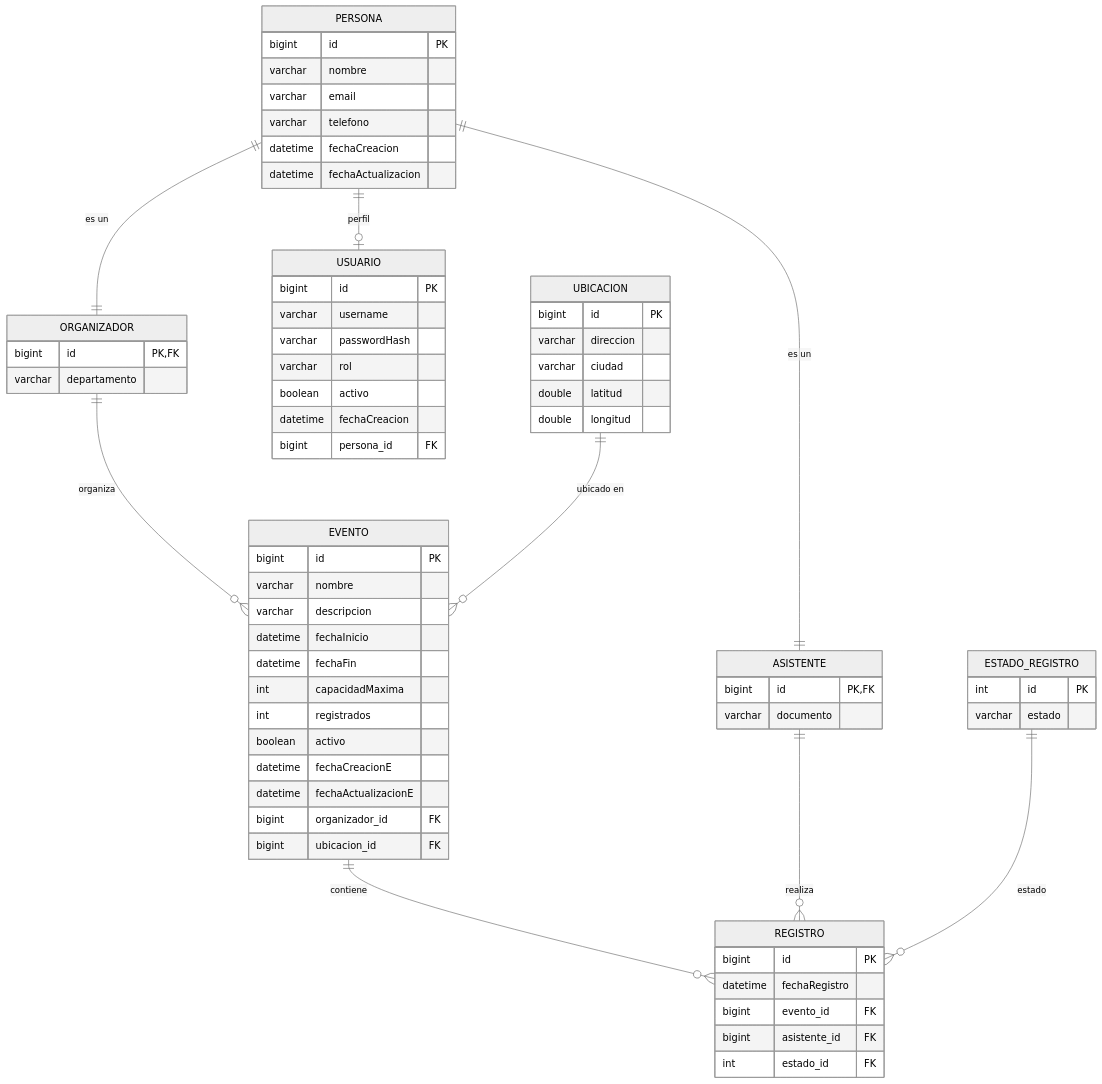
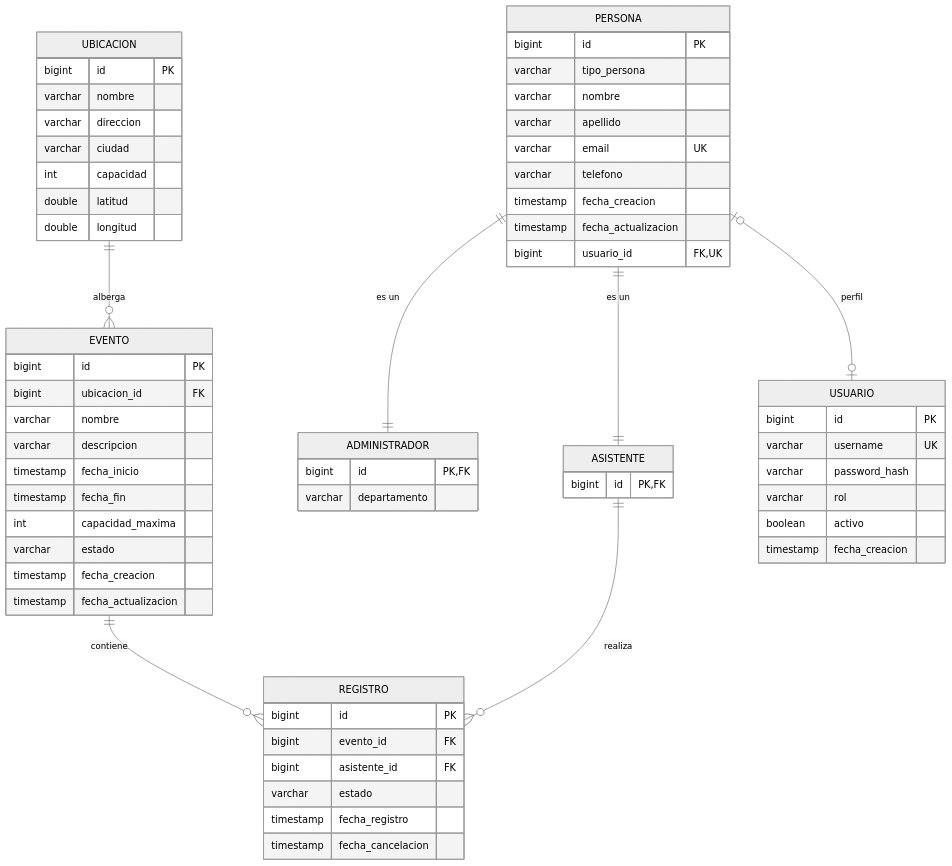
The second of 3 diagrams in README.md (pc15016-Ronnie/POO-Proyecto-Final-Grupo-6), drawn with Mermaid (neutral theme) before and after one commit. The commit also changed other lines of this file and 2 other files, not shown here.

````diff
--- a/README.md
+++ b/README.md
@@ -164,76 +188,71 @@
 ```mermaid
 erDiagram
+    PERSONA ||--|| ADMINISTRADOR : "es un"
     PERSONA ||--|| ASISTENTE : "es un"
-    PERSONA ||--|| ORGANIZADOR : "es un"
-    PERSONA ||--o| USUARIO : "perfil"
-    ORGANIZADOR ||--o{ EVENTO : "organiza"
-    UBICACION ||--o{ EVENTO : "ubicado en"
+    PERSONA |o--o| USUARIO : "perfil"
+    UBICACION ||--o{ EVENTO : "alberga"
     EVENTO ||--o{ REGISTRO : "contiene"
     ASISTENTE ||--o{ REGISTRO : "realiza"
-    ESTADO_REGISTRO ||--o{ REGISTRO : "estado"
+
+    USUARIO {
+        bigint id PK
+        varchar username UK
+        varchar password_hash
+        varchar rol
+        boolean activo
+        timestamp fecha_creacion
+    }
 
     PERSONA {
         bigint id PK
+        varchar tipo_persona
         varchar nombre
-        varchar email
+        varchar apellido
+        varchar email UK
         varchar telefono
-        datetime fechaCreacion
-        datetime fechaActualizacion
+        timestamp fecha_creacion
+        timestamp fecha_actualizacion
+        bigint usuario_id FK,UK
+    }
+
+    ADMINISTRADOR {
+        bigint id PK,FK
+        varchar departamento
     }
 
     ASISTENTE {
         bigint id PK,FK
-        varchar documento
-    }
-
-    ORGANIZADOR {
-        bigint id PK,FK
-        varchar departamento
-    }
-
-    USUARIO {
-        bigint id PK
-        varchar username
-        varchar passwordHash
-        varchar rol
-        boolean activo
-        datetime fechaCreacion
-        bigint persona_id FK
     }
 
     UBICACION {
         bigint id PK
+        varchar nombre
         varchar direccion
         varchar ciudad
+        int capacidad
         double latitud
         double longitud
     }
 
     EVENTO {
         bigint id PK
+        bigint ubicacion_id FK
         varchar nombre
         varchar descripcion
-        datetime fechaInicio
-        datetime fechaFin
-        int capacidadMaxima
-        int registrados
-        boolean activo
-        datetime fechaCreacionE
-        datetime fechaActualizacionE
-        bigint organizador_id FK
-        bigint ubicacion_id FK
+        timestamp fecha_inicio
+        timestamp fecha_fin
+        int capacidad_maxima
+        varchar estado
+        timestamp fecha_creacion
+        timestamp fecha_actualizacion
     }
 
     REGISTRO {
         bigint id PK
-        datetime fechaRegistro
         bigint evento_id FK
         bigint asistente_id FK
-        int estado_id FK
-    }
-
-    ESTADO_REGISTRO {
-        int id PK
         varchar estado
+        timestamp fecha_registro
+        timestamp fecha_cancelacion
     }
 ```
````
